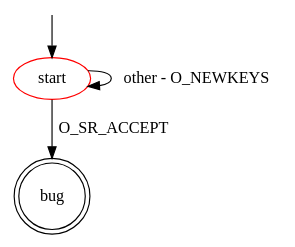
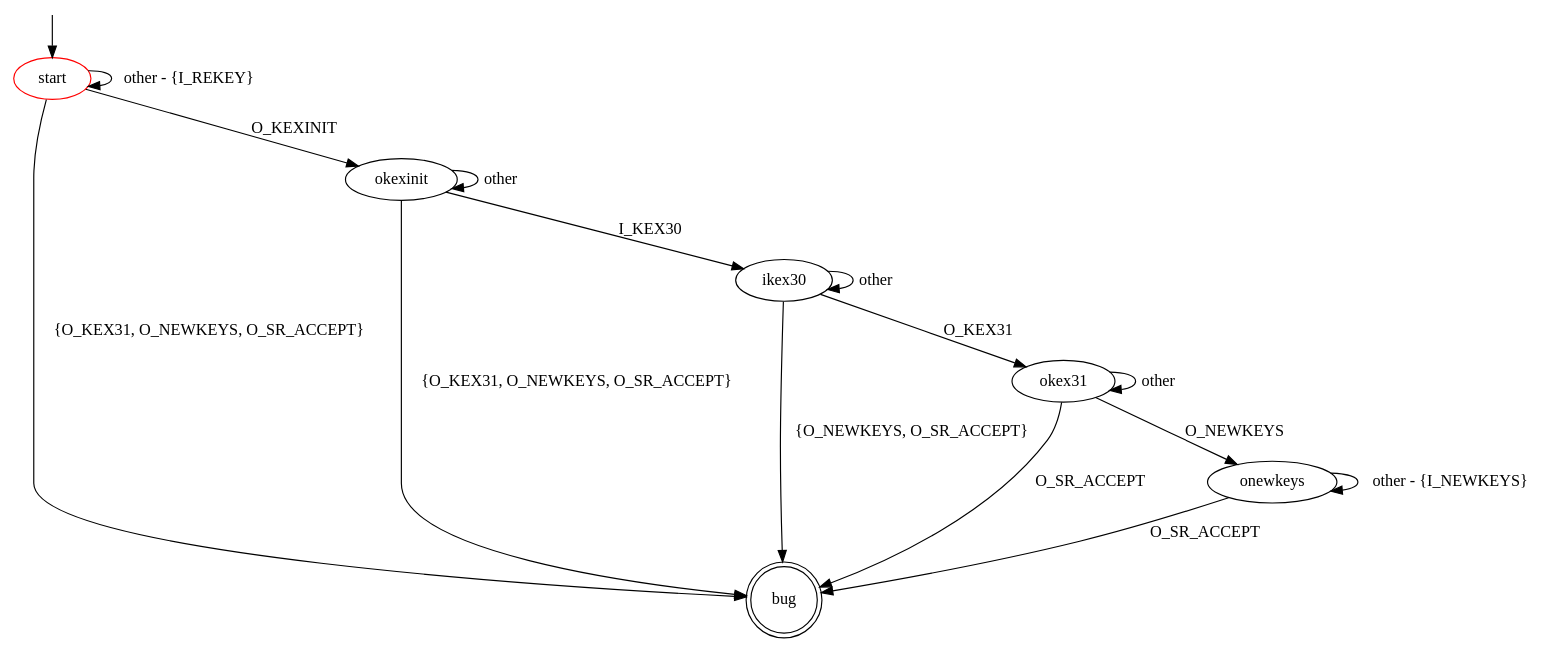
The diagram in src/main/resources/patterns/ssh/early_service_accept.dot (assist-project/state-machine-bug-finder), drawn with Graphviz before and after one commit. The commit also changed 2 other files, not shown here.

Commit message:
Updated bug patterns

```diff
--- a/src/main/resources/patterns/ssh/early_service_accept.dot
+++ b/src/main/resources/patterns/ssh/early_service_accept.dot
@@ -1,11 +1,27 @@
 digraph G {
 label=""
 start [color="red"]
 bug [shape="doublecircle"]
 
-start -> bug [label="O_SR_ACCEPT"]
-start -> start [label="other - O_NEWKEYS"]
+start -> okexinit [label="O_KEXINIT"]
+start -> start [label="other - {I_REKEY}"]
+start -> bug [label="{O_KEX31, O_NEWKEYS, O_SR_ACCEPT}"]
+
+okexinit -> ikex30 [label="I_KEX30"]
+okexinit -> okexinit [label="other"]
+okexinit -> bug [label="{O_KEX31, O_NEWKEYS, O_SR_ACCEPT}"]
+
+ikex30 -> okex31 [label="O_KEX31"]
+ikex30 -> ikex30 [label="other"]
+ikex30 -> bug [label="{O_NEWKEYS, O_SR_ACCEPT}"]
+
+okex31 -> onewkeys [label="O_NEWKEYS"]
+okex31 -> okex31 [label="other"]
+okex31 -> bug [label="O_SR_ACCEPT"]
+
+onewkeys -> bug [label="O_SR_ACCEPT"]
+onewkeys -> onewkeys [label="other - {I_NEWKEYS}"]
 
 __start0 [label="" shape="none" width="0" height="0"];
 __start0 -> start;
 }
```
